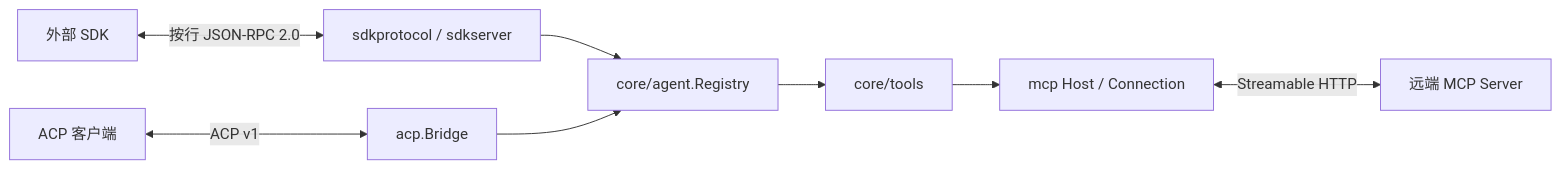
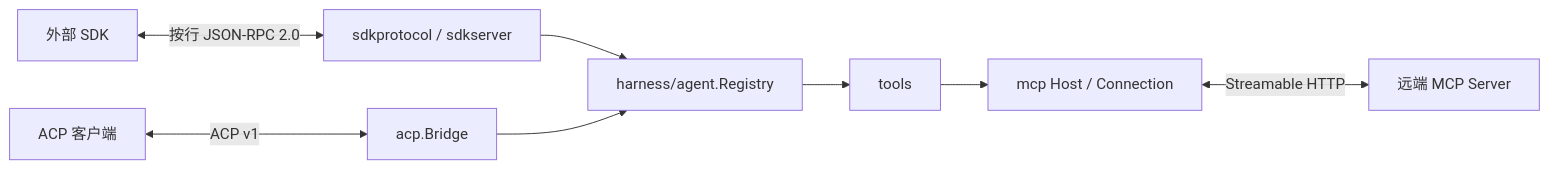
Before and after one commit to snight1983/ds-harness-go: the diagram in docs/modules/protocol.md, drawn with Mermaid. The commit also changed other lines of this file and 1281 other files, not shown here.

````diff
--- a/docs/modules/protocol.md
+++ b/docs/modules/protocol.md
@@ -7,10 +7,10 @@
 ```mermaid
 flowchart LR
     SDKClient["外部 SDK"] <-->|"按行 JSON-RPC 2.0"| SDK["sdkprotocol / sdkserver"]
     ACPClient["ACP 客户端"] <-->|"ACP v1"| ACP["acp.Bridge"]
-    SDK --> Agents["core/agent.Registry"]
+    SDK --> Agents["harness/agent.Registry"]
     ACP --> Agents
-    Agents --> Tools["core/tools"]
+    Agents --> Tools["tools"]
     Tools --> MCP["mcp Host / Connection"]
     MCP <-->|"Streamable HTTP"| MCPServer["远端 MCP Server"]
 ```
````
